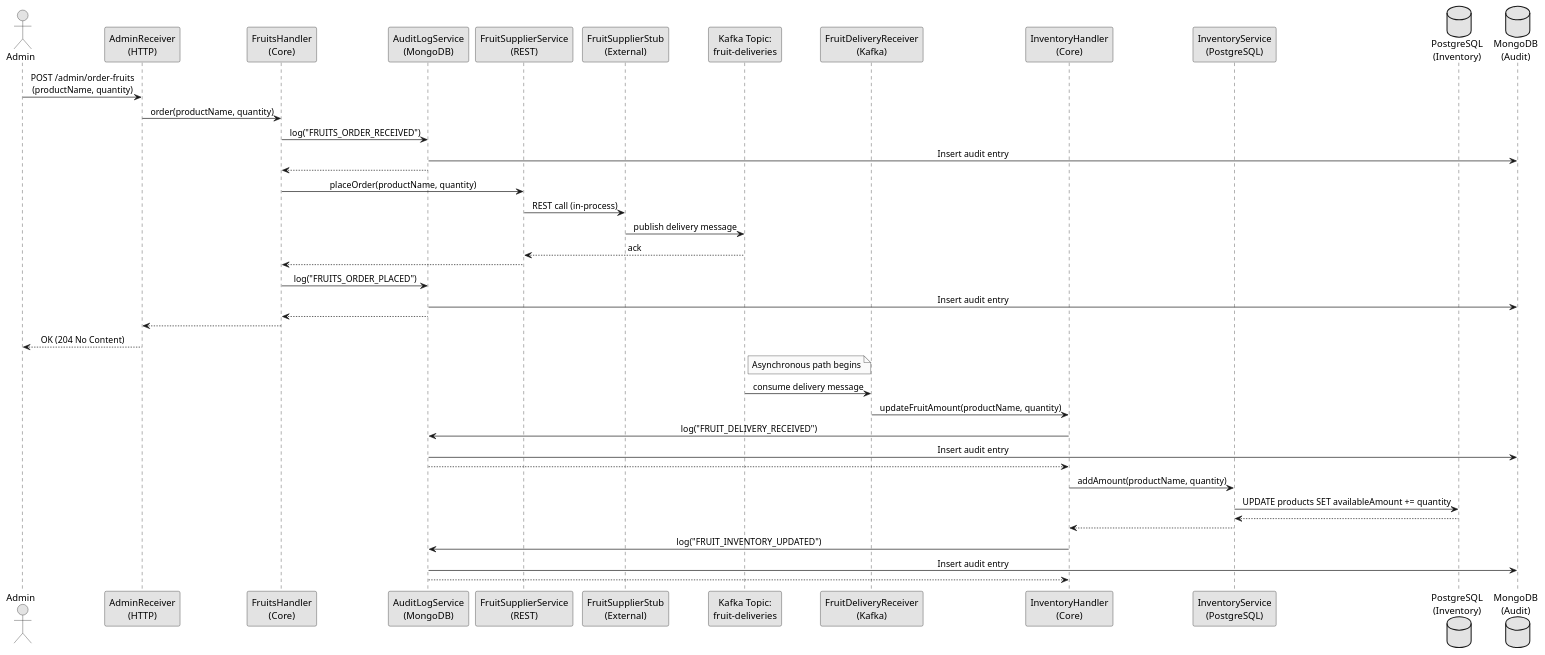
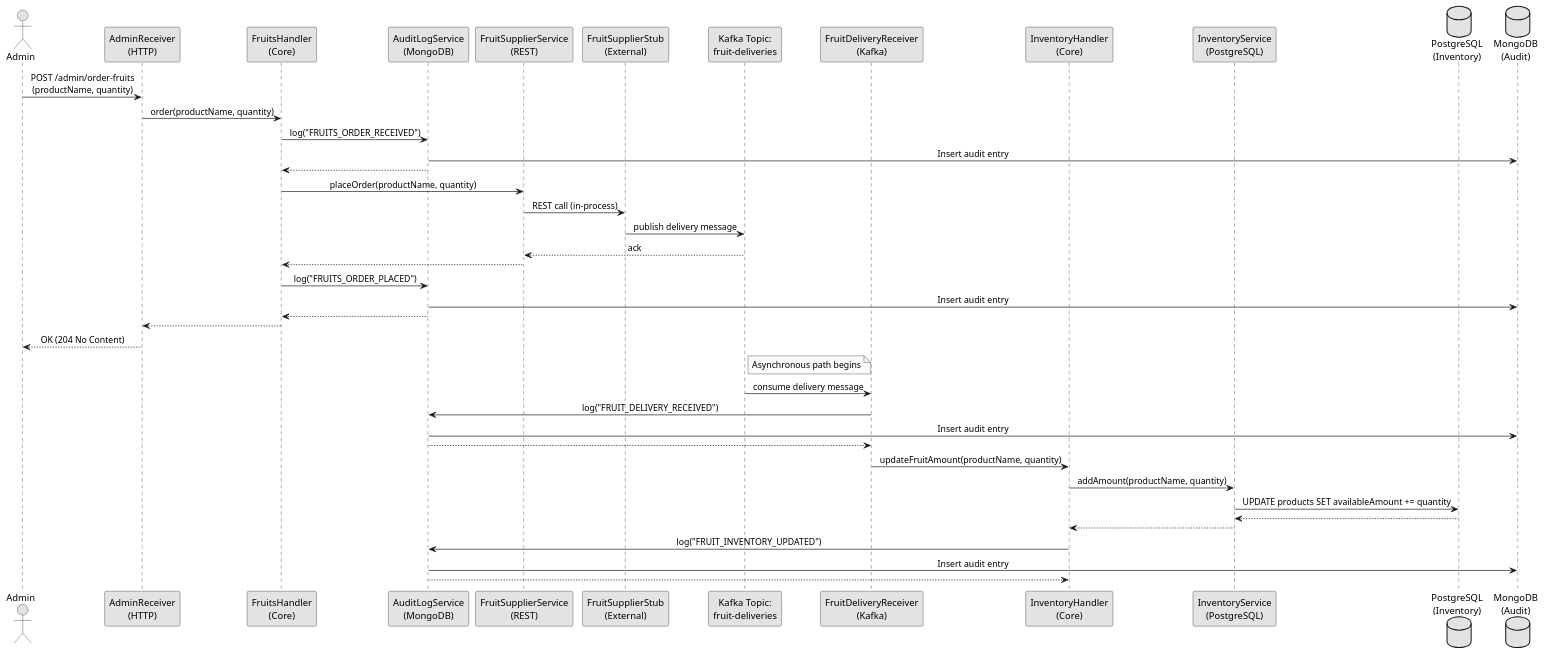
One commit to svene/2026-07-26_quarkus-hexagon-demo-mm-per-tech changed the diagram in docs/architecture/flows/admin-order-fruits.puml. Above: the diagram before and after it, drawn with PlantUML. The commit also changed 24 other files, not shown here.

```diff
--- a/docs/architecture/flows/admin-order-fruits.puml
+++ b/docs/architecture/flows/admin-order-fruits.puml
@@ -1,52 +1,52 @@
 @startuml admin_order_fruits
 skinparam monochrome true
 skinparam sequenceMessageAlign center
 skinparam backgroundColor #ffffff
 
 actor "Admin" as user
 participant "AdminReceiver\n(HTTP)" as receiver
 participant "FruitsHandler\n(Core)" as handler
 participant "AuditLogService\n(MongoDB)" as audit
 participant "FruitSupplierService\n(REST)" as service
 participant "FruitSupplierStub\n(External)" as stub
 participant "Kafka Topic:\nfruit-deliveries" as kafka_out
 participant "FruitDeliveryReceiver\n(Kafka)" as kafka_receiver
 participant "InventoryHandler\n(Core)" as inv_handler
 participant "InventoryService\n(PostgreSQL)" as inventory
 database "PostgreSQL\n(Inventory)" as db_inv
 database "MongoDB\n(Audit)" as db_audit
 
 user -> receiver: POST /admin/order-fruits\n(productName, quantity)
 receiver -> handler: order(productName, quantity)
 handler -> audit: log("FRUITS_ORDER_RECEIVED")
 audit -> db_audit: Insert audit entry
 audit --> handler
 handler -> service: placeOrder(productName, quantity)
 service -> stub: REST call (in-process)
 stub -> kafka_out: publish delivery message
 kafka_out --> service: ack
 service --> handler
 handler -> audit: log("FRUITS_ORDER_PLACED")
 audit -> db_audit: Insert audit entry
 audit --> handler
 handler --> receiver
 receiver --> user: OK (204 No Content)
 
 note right of kafka_out
   Asynchronous path begins
 end note
 
 kafka_out -> kafka_receiver: consume delivery message
+kafka_receiver -> audit: log("FRUIT_DELIVERY_RECEIVED")
+audit -> db_audit: Insert audit entry
+audit --> kafka_receiver
 kafka_receiver -> inv_handler: updateFruitAmount(productName, quantity)
-inv_handler -> audit: log("FRUIT_DELIVERY_RECEIVED")
-audit -> db_audit: Insert audit entry
-audit --> inv_handler
 inv_handler -> inventory: addAmount(productName, quantity)
 inventory -> db_inv: UPDATE products SET availableAmount += quantity
 db_inv --> inventory
 inventory --> inv_handler
 inv_handler -> audit: log("FRUIT_INVENTORY_UPDATED")
 audit -> db_audit: Insert audit entry
 audit --> inv_handler
 
 @enduml
```
